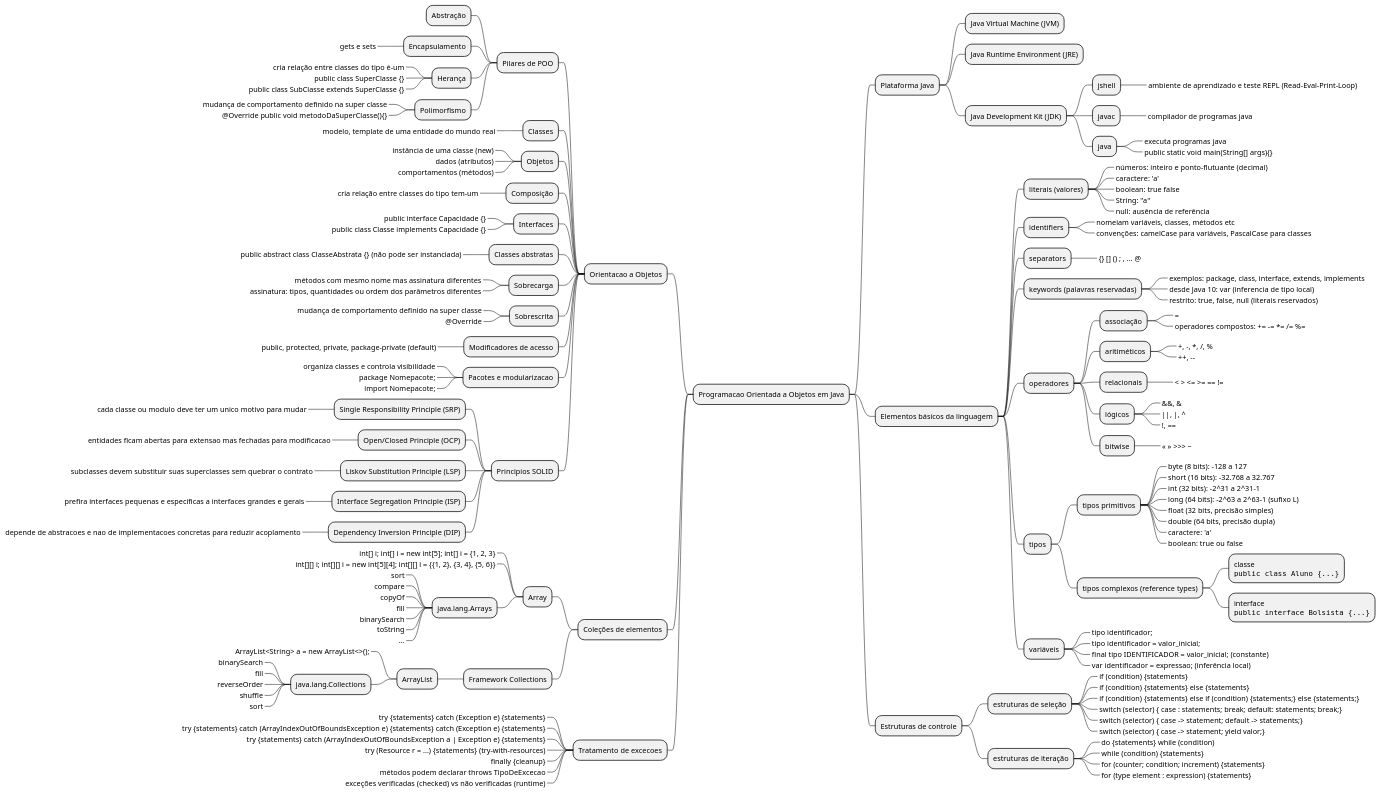
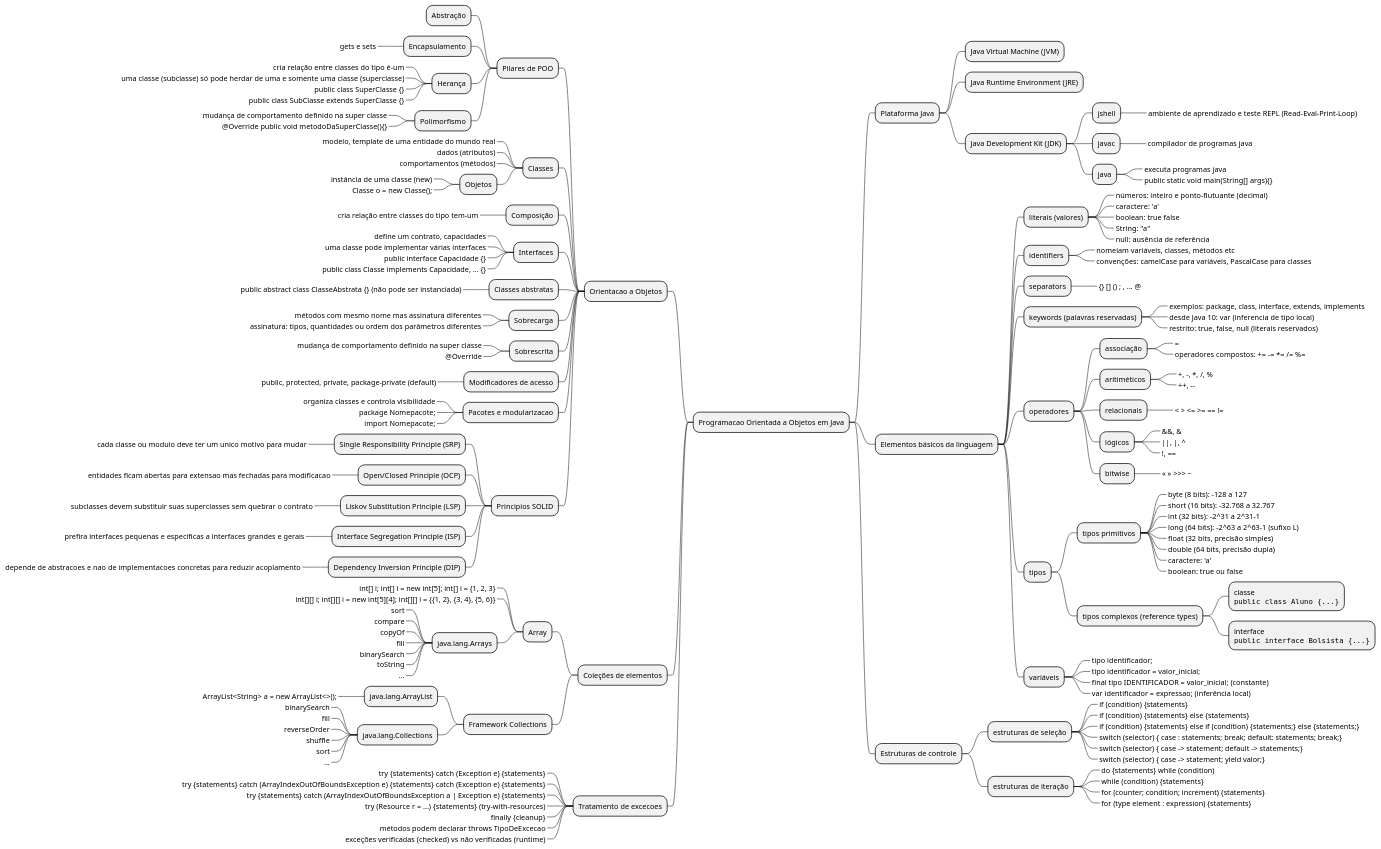
The diagram in lectures/mapa-mental.puml (caioamorim7/poo), drawn with PlantUML before and after one commit. The commit also changed 1 other file, not shown here.

```diff
--- a/lectures/mapa-mental.puml
+++ b/lectures/mapa-mental.puml
@@ -1,159 +1,164 @@
 @startmindmap
 * Programacao Orientada a Objetos em Java
 ** Plataforma Java
 *** Java Virtual Machine (JVM)
 *** Java Runtime Environment (JRE)
 *** Java Development Kit (JDK)
 **** jshell
 *****_ ambiente de aprendizado e teste REPL (Read-Eval-Print-Loop)
 **** javac
 *****_ compilador de programas java
 **** java
 *****_ executa programas java
 *****_ public static void main(String[] args){}
 ** Elementos básicos da linguagem
 *** literais (valores)
 ****_ números: inteiro e ponto-flutuante (decimal)
 ****_ caractere: 'a'
 ****_ boolean: true false
 ****_ String: "a"
 ****_ null: ausência de referência
 *** identifiers
 ****_ nomeiam variáveis, classes, métodos etc
 ****_ convenções: camelCase para variáveis, PascalCase para classes
 *** separators
 ****_ {} [] () ; , ... @
 *** keywords (palavras reservadas)
 ****_ exemplos: package, class, interface, extends, implements
 ****_ desde Java 10: var (inferencia de tipo local)
 ****_ restrito: true, false, null (literais reservados)
 *** operadores
 **** associação
 *****_ =
 *****_ operadores compostos: += -= *= /= %=
 **** aritiméticos
 *****_ +, -, *, /, %
 *****_ ++, --
 **** relacionais
 *****_ < > <= >= == !=
 **** lógicos
 *****_ &&, &
 *****_ ||, |, ^
 *****_ !, ==
 **** bitwise
 *****_ << >> >>> ~
 *** tipos
 **** tipos primitivos
 *****_ byte (8 bits): -128 a 127
 *****_ short (16 bits): -32.768 a 32.767
 *****_ int (32 bits): -2^31 a 2^31-1
 *****_ long (64 bits): -2^63 a 2^63-1 (sufixo L)
 *****_ float (32 bits, precisão simples)
 *****_ double (64 bits, precisão dupla)
 *****_ caractere: 'a'
 *****_ boolean: true ou false
 **** tipos complexos (reference types)
 *****:classe
 <code>
 public class Aluno {...}
 </code>;
 *****:interface
 <code>
 public interface Bolsista {...}
 </code>;
 *** variáveis
 ****_ tipo identificador;
 ****_ tipo identificador = valor_inicial;
 ****_ final tipo IDENTIFICADOR = valor_inicial; (constante)
 ****_ var identificador = expressao; (inferência local)
 ** Estruturas de controle
 *** estruturas de seleção
 ****_ if (condition) {statements}
 ****_ if (condition) {statements} else {statements}
 ****_ if (condition) {statements} else if (condition) {statements;} else {statements;}
 ****_ switch (selector) { case : statements; break; default: statements; break;}
 ****_ switch (selector) { case -> statement; default -> statements;}
 ****_ switch (selector) { case -> statement; yield valor;}
 *** estruturas de iteração
 ****_ do {statements} while (condition)
 ****_ while (condition) {statements}
 ****_ for (counter; condition; increment) {statements}
 ****_ for (type element : expression) {statements}
 -- Orientacao a Objetos
 --- Pilares de POO
 ---- Abstração
 ---- Encapsulamento
 -----_ gets e sets
 ---- Herança
 -----_ cria relação entre classes do tipo é-um
+-----_ uma classe (subclasse) só pode herdar de uma e somente uma classe (superclasse)
 -----_ public class SuperClasse {}
 -----_ public class SubClasse extends SuperClasse {}
 ---- Polimorfismo
 -----_ mudança de comportamento definido na super classe
 -----_ @Override public void metodoDaSuperClasse(){}
 --- Classes
 ----_ modelo, template de uma entidade do mundo real
---- Objetos
-----_ instância de uma classe (new)
 ----_ dados (atributos)
 ----_ comportamentos (métodos)
+---- Objetos
+-----_ instância de uma classe (new)
+-----_ Classe o = new Classe();
 --- Composição
 ----_ cria relação entre classes do tipo tem-um
 --- Interfaces
+----_ define um contrato, capacidades
+----_ uma classe pode implementar várias interfaces
 ----_ public interface Capacidade {}
-----_ public class Classe implements Capacidade {}
+----_ public class Classe implements Capacidade, ... {}
 --- Classes abstratas
 ----_ public abstract class ClasseAbstrata {} (não pode ser instanciada)
 --- Sobrecarga
 ----_ métodos com mesmo nome mas assinatura diferentes
 ----_ assinatura: tipos, quantidades ou ordem dos parâmetros diferentes
 --- Sobrescrita
 ----_ mudança de comportamento definido na super classe
 ----_ @Override
 --- Modificadores de acesso
 ----_ public, protected, private, package-private (default)
 --- Pacotes e modularizacao
 ----_ organiza classes e controla visibilidade
 ----_ package Nomepacote;
 ----_ import Nomepacote;
 --- Principios SOLID
 ---- Single Responsibility Principle (SRP)
 -----_ cada classe ou modulo deve ter um unico motivo para mudar
 ---- Open/Closed Principle (OCP)
 -----_ entidades ficam abertas para extensao mas fechadas para modificacao
 ---- Liskov Substitution Principle (LSP)
 -----_ subclasses devem substituir suas superclasses sem quebrar o contrato
 ---- Interface Segregation Principle (ISP)
 -----_ prefira interfaces pequenas e especificas a interfaces grandes e gerais
 ---- Dependency Inversion Principle (DIP)
 -----_ depende de abstracoes e nao de implementacoes concretas para reduzir acoplamento
 -- Coleções de elementos
 --- Array
 ----_ int[] i; int[] i = new int[5]; int[] i = {1, 2, 3}
 ----_ int[][] i; int[][] i = new int[5][4]; int[][] i = {{1, 2}, {3, 4}, {5, 6}}
 ---- java.lang.Arrays
 -----_ sort
 -----_ compare
 -----_ copyOf
 -----_ fill
 -----_ binarySearch
 -----_ toString
 -----_ ...
 --- Framework Collections
----- ArrayList
+---- java.lang.ArrayList
 -----_ ArrayList<String> a = new ArrayList<>();
------ java.lang.Collections
-------_ binarySearch
-------_ fill
-------_ reverseOrder
-------_ shuffle
-------_ sort
+---- java.lang.Collections
+-----_ binarySearch
+-----_ fill
+-----_ reverseOrder
+-----_ shuffle
+-----_ sort
+-----_ ...
 -- Tratamento de excecoes
 ---_ try {statements} catch (Exception e) {statements}
 ---_ try {statements} catch (ArrayIndexOutOfBoundsException e) {statements} catch (Exception e) {statements}
 ---_ try {statements} catch (ArrayIndexOutOfBoundsException a | Exception e) {statements}
 ---_ try (Resource r = ...) {statements} (try-with-resources)
 ---_ finally {cleanup}
 ---_ métodos podem declarar throws TipoDeExcecao
 ---_ exceções verificadas (checked) vs não verificadas (runtime)
 @endmindmap
```
